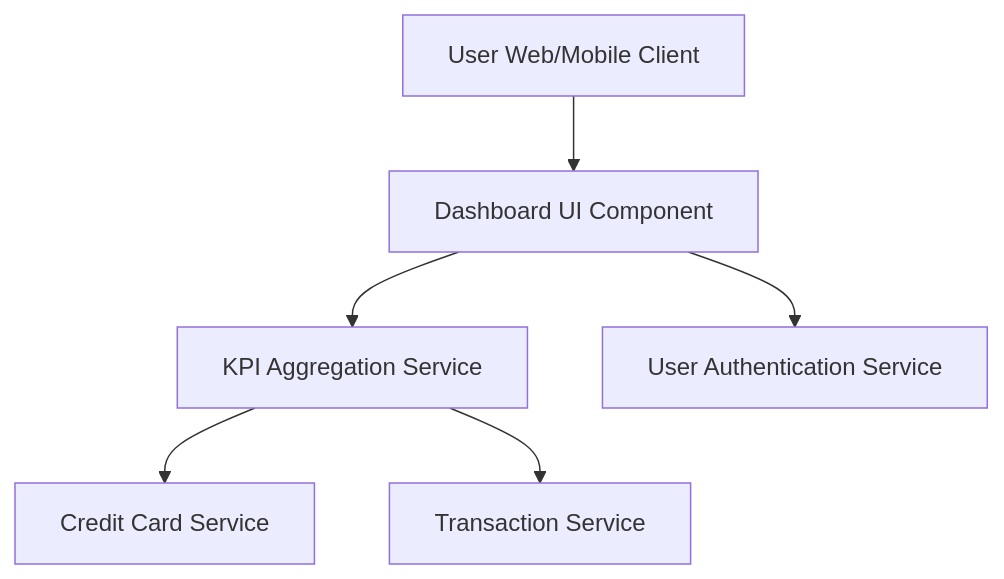
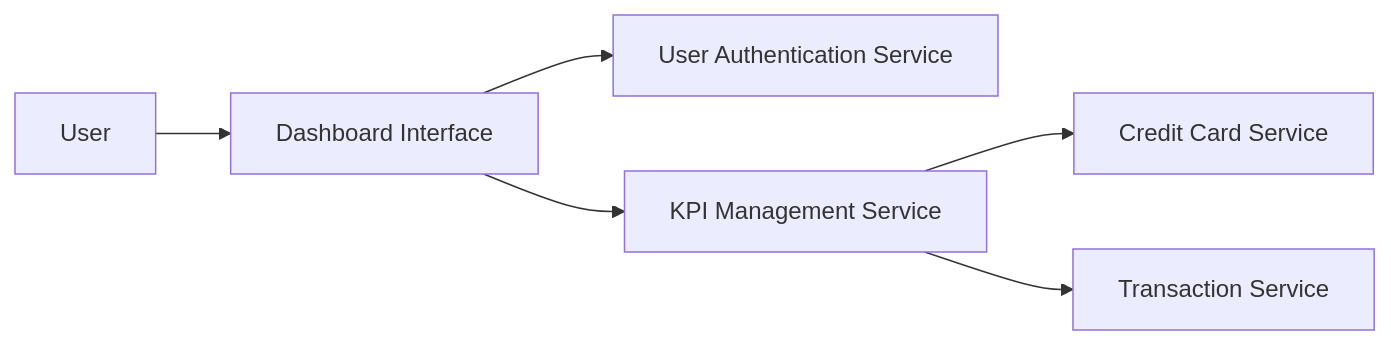
Before and after one commit to AAVA-Demo/APB_Demo: the diagram in HLD/QE-7942_HLD.md, drawn with Mermaid. The commit also changed other lines of this file and 5 other files, not shown here.

````diff
--- a/HLD/QE-7942_HLD.md
+++ b/HLD/QE-7942_HLD.md
@@ -7,14 +7,14 @@
 ```mermaid
-flowchart TD
-    A["User Web/Mobile Client"]
-    B["Dashboard UI Component"]
-    C["KPI Aggregation Service"]
-    D["Credit Card Service"]
-    E["Transaction Service"]
-    F["User Authentication Service"]
+flowchart LR
+    A["User"]
+    B["Dashboard Interface"]
+    C["User Authentication Service"]
+    D["KPI Management Service"]
+    E["Credit Card Service"]
+    F["Transaction Service"]
     A --> B
     B --> C
-    C --> D
-    C --> E
-    B --> F
+    B --> D
+    D --> E
+    D --> F
 ```
````
